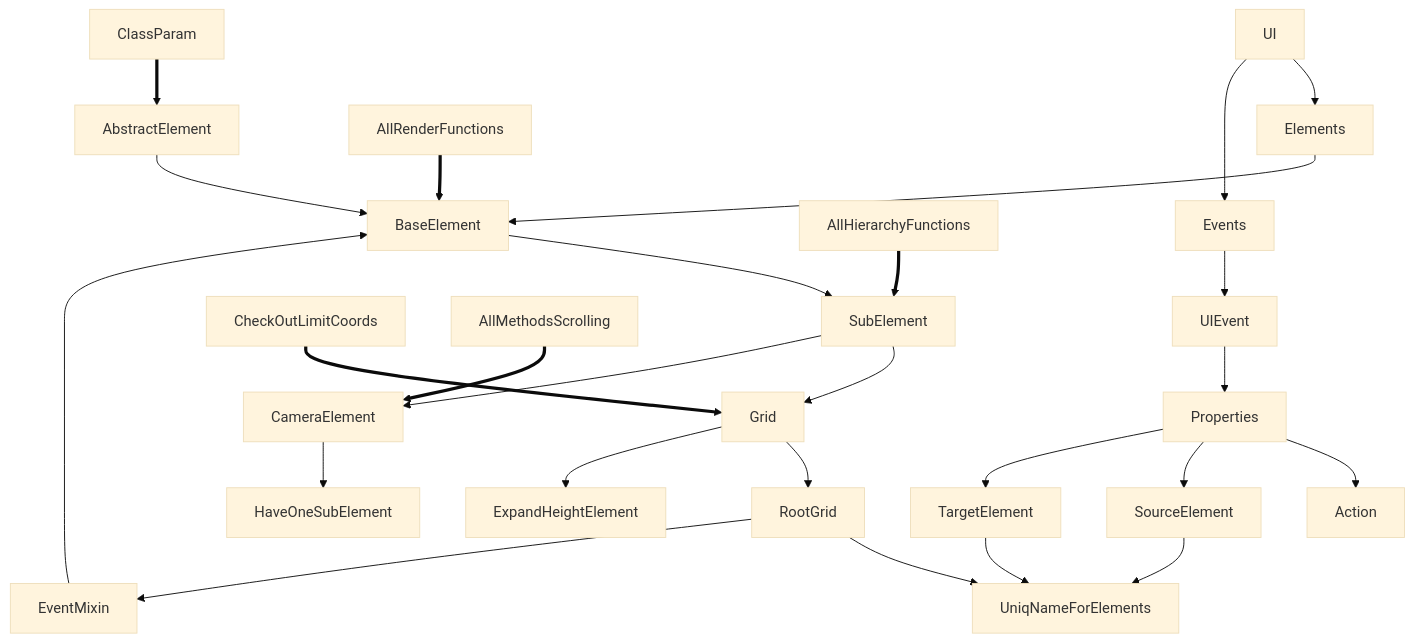
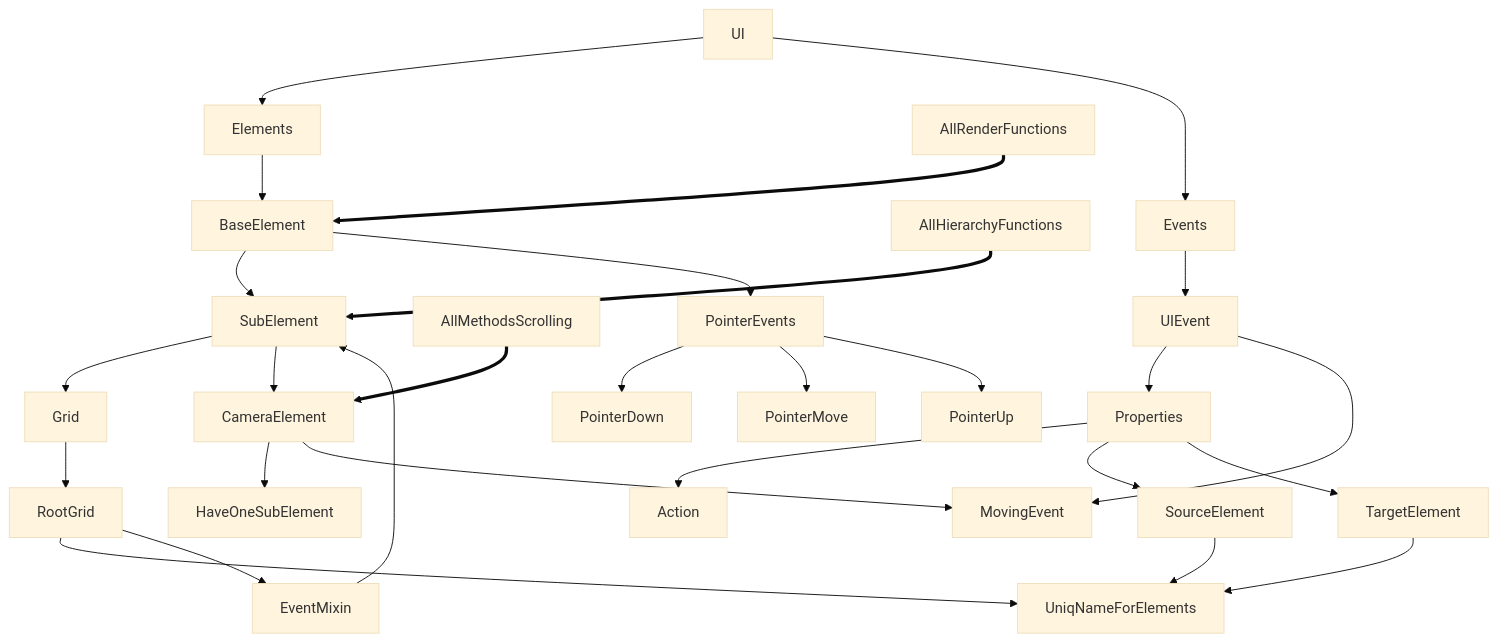
The first of 2 diagrams in README.md (ellementul/UIGameGrid), drawn with Mermaid (base theme) before and after one commit. The commit also changed other lines of this file and 9 other files, not shown here.

````diff
--- a/README.md
+++ b/README.md
@@ -47,19 +47,22 @@
 ```mermaid
   flowchart TD
       UI --> Elements
       Elements --> BaseElement --> SubElement 
       SubElement --> Grid --> RootGrid --> UniqNameForElements
       SubElement --> CameraElement
-      Grid --> ExpandHeightElement
       AllRenderFunctions ==> BaseElement
-      ClassParam ==> AbstractElement --> BaseElement
       AllHierarchyFunctions ==> SubElement
-      CheckOutLimitCoords ==> Grid
       AllMethodsScrolling ==> CameraElement --> HaveOneSubElement
+      BaseElement --> PointerEvents
+      PointerEvents --> PointerDown
+      PointerEvents --> PointerMove
+      PointerEvents --> PointerUp
+      CameraElement --> MovingEvent
       UI --> Events --> UIEvent
-      RootGrid --> EventMixin --> BaseElement
+      RootGrid --> EventMixin --> SubElement
       UIEvent --> Properties
+      UIEvent --> MovingEvent
       Properties --> Action
       Properties --> SourceElement --> UniqNameForElements
       Properties --> TargetElement --> UniqNameForElements
 ```
````
